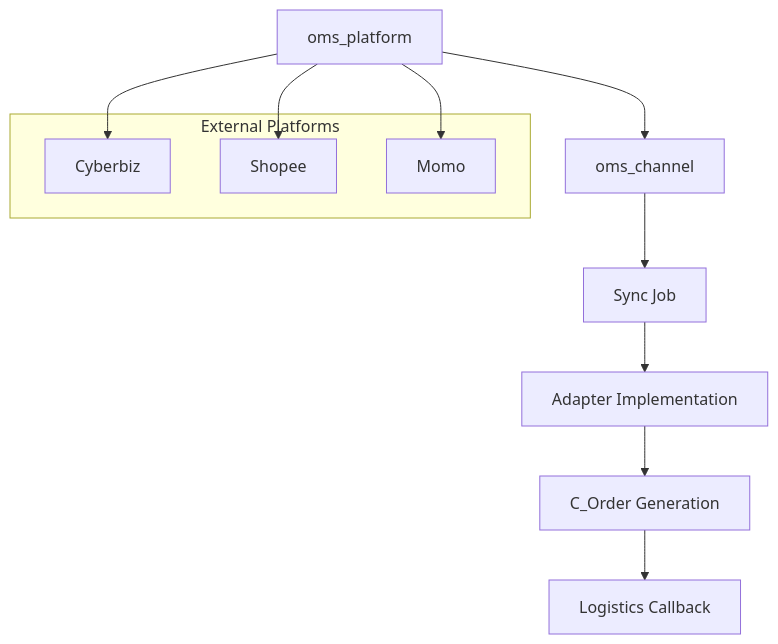
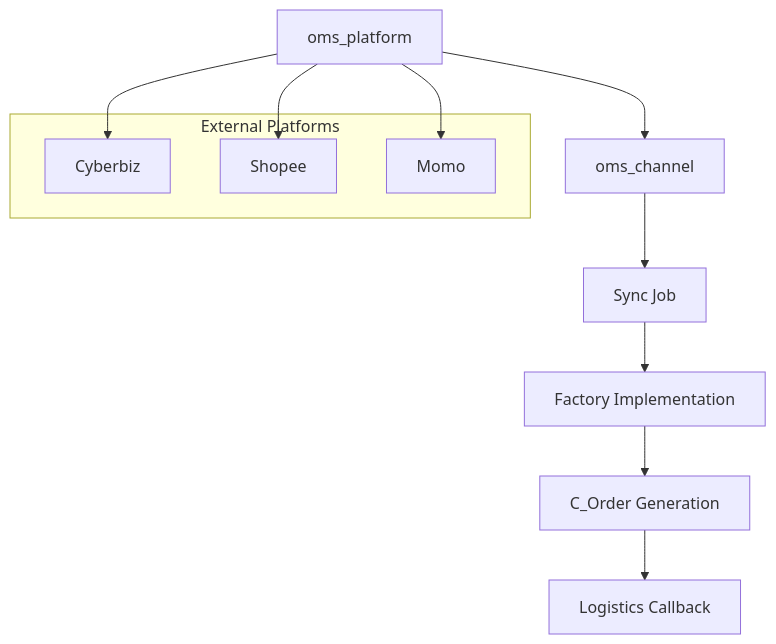
One commit to tm731531/idempiere-oms changed the diagram in docs/architecture.md. Above: the diagram before and after it, drawn with Mermaid. The commit also changed other lines of this file, not shown here.

````diff
--- a/docs/architecture.md
+++ b/docs/architecture.md
@@ -5,18 +5,18 @@
 ```mermaid
 graph TD
   A[oms_platform] --> B[oms_channel]
   B --> C[Sync Job]
-  C --> D[Adapter Implementation]
+  C --> D[Factory Implementation]
   D --> E[C_Order Generation]
   E --> F[Logistics Callback]
 
   subgraph External Platforms
     G[Cyberbiz]
     H[Shopee]
     I[Momo]
   end
 
   A --> G
   A --> H
   A --> I
 ```
````
